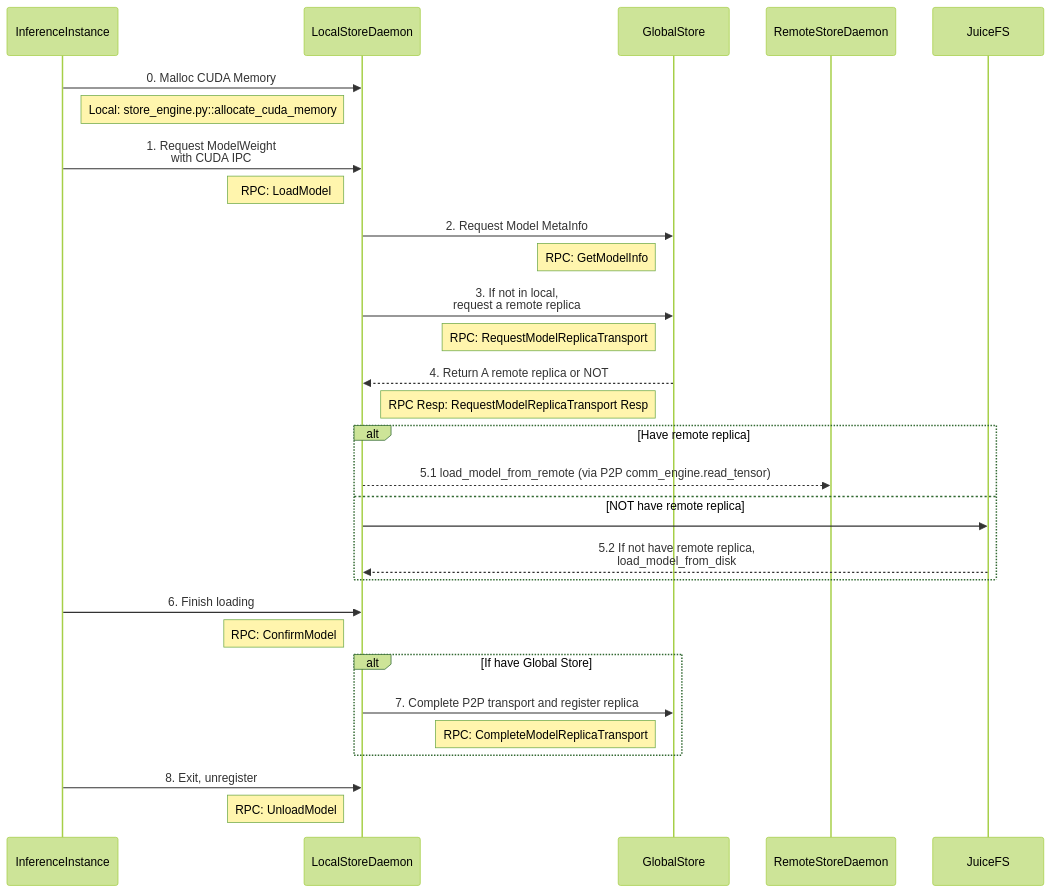
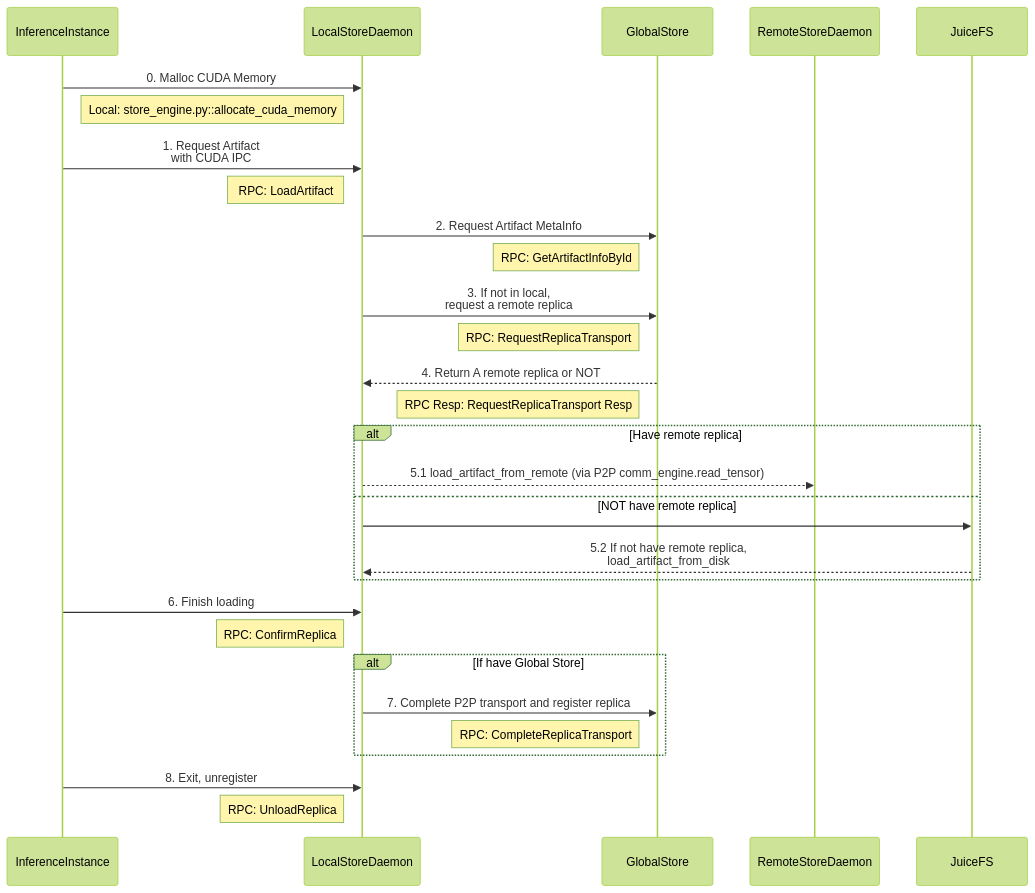
Before and after one commit to tensorcast-ai/tensorcast: the diagram in web-docs/docs/developer-guides/internals/model-loading.md, drawn with Mermaid (forest theme). The commit also changed other lines of this file and 331 other files, not shown here.

Commit message:
refactor: refactor model to artifact & replica

````diff
--- a/web-docs/docs/developer-guides/internals/model-loading.md
+++ b/web-docs/docs/developer-guides/internals/model-loading.md
@@ -29,41 +29,41 @@
 ```mermaid
 sequenceDiagram
     participant InferenceInstance
     participant LocalStoreDaemon
     participant GlobalStore
     participant RemoteStoreDaemon
     participant JuiceFS
 
     InferenceInstance->>LocalStoreDaemon: 0. Malloc CUDA Memory
     Note right of InferenceInstance: Local: store_engine.py::allocate_cuda_memory
 
-    InferenceInstance->>LocalStoreDaemon: 1. Request ModelWeight<br/>with CUDA IPC
-    Note left of LocalStoreDaemon: RPC: LoadModel
+    InferenceInstance->>LocalStoreDaemon: 1. Request Artifact<br/>with CUDA IPC
+    Note left of LocalStoreDaemon: RPC: LoadArtifact
 
-    LocalStoreDaemon->>GlobalStore: 2. Request Model MetaInfo
-    Note left of GlobalStore: RPC: GetModelInfo
+    LocalStoreDaemon->>GlobalStore: 2. Request Artifact MetaInfo
+    Note left of GlobalStore: RPC: GetArtifactInfoById
 
     LocalStoreDaemon->>GlobalStore: 3. If not in local,<br/>request a remote replica
-    Note left of GlobalStore: RPC: RequestModelReplicaTransport
+    Note left of GlobalStore: RPC: RequestReplicaTransport
 
     GlobalStore-->>LocalStoreDaemon: 4. Return A remote replica or NOT
-    Note left of GlobalStore: RPC Resp: RequestModelReplicaTransport Resp
+    Note left of GlobalStore: RPC Resp: RequestReplicaTransport Resp
 
     alt Have remote replica
-        LocalStoreDaemon-->>RemoteStoreDaemon: 5.1 load_model_from_remote (via P2P comm_engine.read_tensor)
+        LocalStoreDaemon-->>RemoteStoreDaemon: 5.1 load_artifact_from_remote (via P2P comm_engine.read_tensor)
     else NOT have remote replica
         LocalStoreDaemon->>JuiceFS:
-        JuiceFS-->>LocalStoreDaemon: 5.2 If not have remote replica,<br/>load_model_from_disk
+        JuiceFS-->>LocalStoreDaemon: 5.2 If not have remote replica,<br/>load_artifact_from_disk
     end
 
     InferenceInstance->>LocalStoreDaemon: 6. Finish loading
-    Note left of LocalStoreDaemon: RPC: ConfirmModel
+    Note left of LocalStoreDaemon: RPC: ConfirmReplica
 
     alt If have Global Store
         LocalStoreDaemon->>GlobalStore: 7. Complete P2P transport and register replica
-        Note left of GlobalStore: RPC: CompleteModelReplicaTransport
+        Note left of GlobalStore: RPC: CompleteReplicaTransport
     end
 
     InferenceInstance->>LocalStoreDaemon: 8. Exit, unregister
-    Note left of LocalStoreDaemon: RPC: UnloadModel
+    Note left of LocalStoreDaemon: RPC: UnloadReplica
 ```
````
